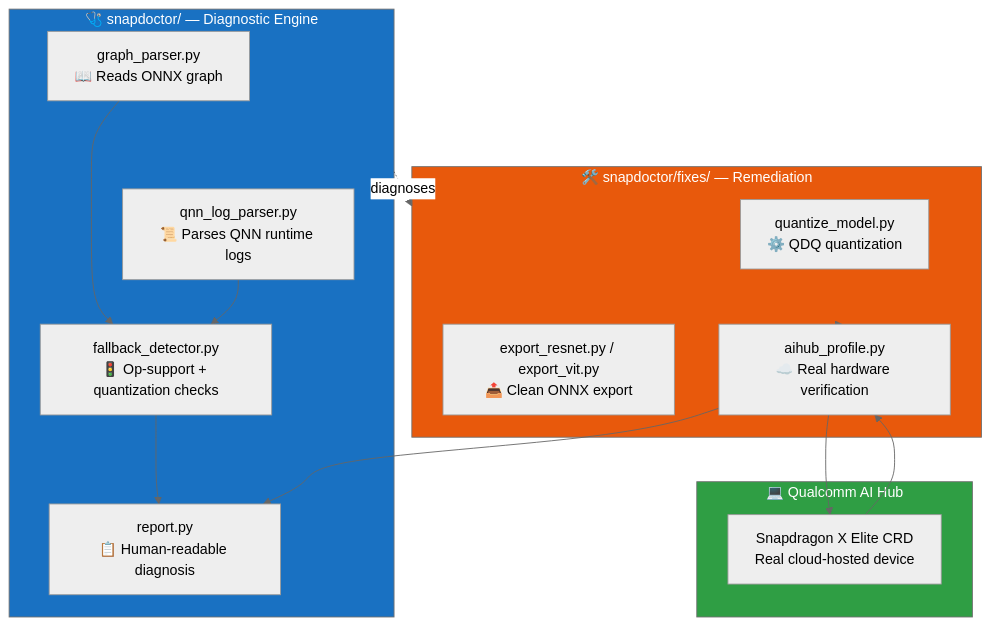
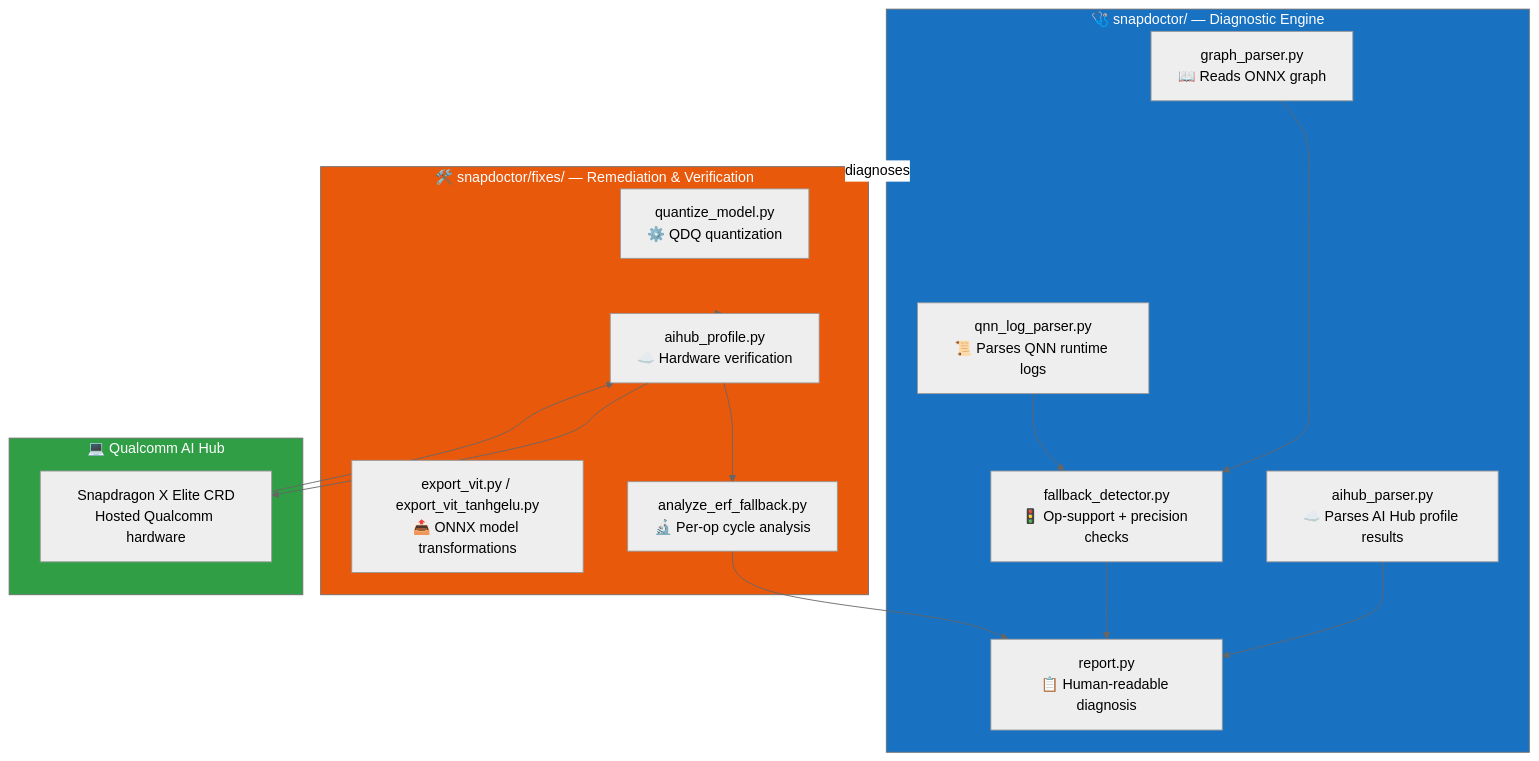
One commit to Mysteriousboy727/SnapDoctor changed the third of 5 diagrams in README.md. Above: the diagram before and after it, drawn with Mermaid (neutral theme). The commit also changed other lines of this file, not shown here.

````diff
--- a/README.md
+++ b/README.md
@@ -81,32 +107,56 @@
 ```mermaid
 flowchart TB
+
     subgraph core["🩺 snapdoctor/ — Diagnostic Engine"]
+
         GP[graph_parser.py<br/>📖 Reads ONNX graph]
+
         QLP[qnn_log_parser.py<br/>📜 Parses QNN runtime logs]
-        FD[fallback_detector.py<br/>🚦 Op-support + quantization checks]
+
+        FD[fallback_detector.py<br/>🚦 Op-support + precision checks]
+
+        AHP[aihub_parser.py<br/>☁️ Parses AI Hub profile results]
+
         RPT[report.py<br/>📋 Human-readable diagnosis]
+
         GP --> FD
         QLP --> FD
+        AHP --> RPT
         FD --> RPT
+
     end
 
-    subgraph fixes["🛠️ snapdoctor/fixes/ — Remediation"]
+    subgraph fixes["🛠️ snapdoctor/fixes/ — Remediation & Verification"]
+
         QM[quantize_model.py<br/>⚙️ QDQ quantization]
-        EXP[export_resnet.py / export_vit.py<br/>📤 Clean ONNX export]
-        AIH[aihub_profile.py<br/>☁️ Real hardware verification]
+
+        EXP[export_vit.py / export_vit_tanhgelu.py<br/>📤 ONNX model transformations]
+
+        AIH[aihub_profile.py<br/>☁️ Hardware verification]
+
+        ANL[analyze_erf_fallback.py<br/>🔬 Per-op cycle analysis]
+
     end
 
     subgraph hw["💻 Qualcomm AI Hub"]
-        DEV[Snapdragon X Elite CRD<br/>Real cloud-hosted device]
+
+        DEV[Snapdragon X Elite CRD<br/>Hosted Qualcomm hardware]
+
     end
 
     core -.diagnoses.-> fixes
+
     fixes --> AIH
+
     AIH --> DEV
+
     DEV --> AIH
-    AIH --> RPT
+
+    AIH --> ANL
+
+    ANL --> RPT
 
     style core fill:#1971c2,color:#fff
     style fixes fill:#e8590c,color:#fff
     style hw fill:#2f9e44,color:#fff
 ```
````
